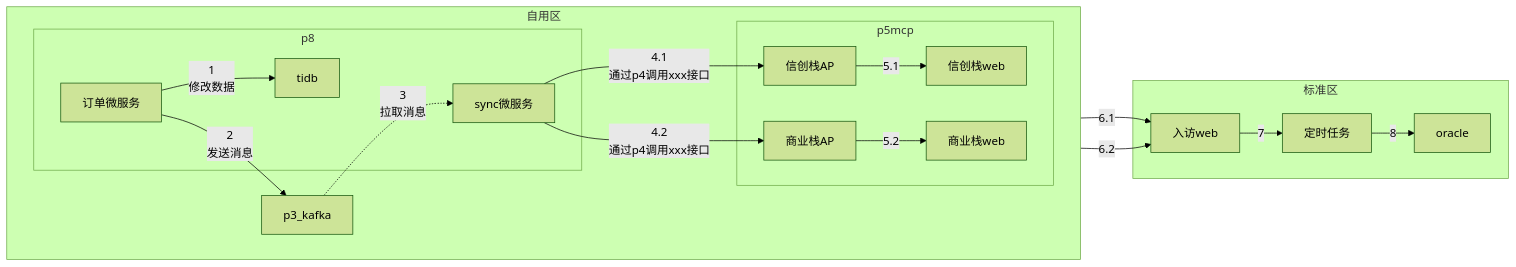
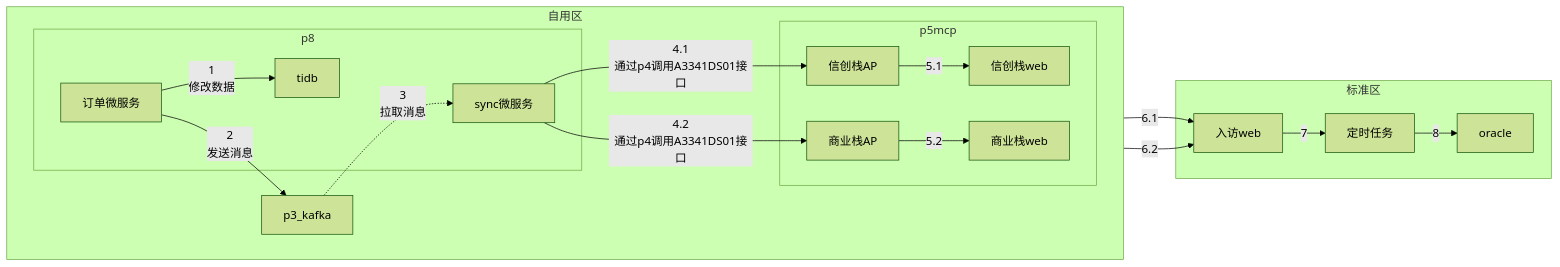
Before and after one commit to liyiye/C4-PlantUML: the fifth of 6 diagrams in 双写数据同步链路图.md, drawn with Mermaid (forest theme). The commit also changed other lines of this file and 5 other files, not shown here.

````diff
--- a/双写数据同步链路图.md
+++ b/双写数据同步链路图.md
@@ -157,38 +157,37 @@
 ```mermaid
 flowchart LR
     subgraph 标准区
-        
+
         cld_data_sync[定时任务]
         oracle
         入访web
     end
     subgraph 自用区
         direction LR
         p3_kafka
         subgraph p5mcp
             MCPDJ_WB[信创栈web]
             MCPDJ_AP[信创栈AP]
             MCPNH_WB[商业栈web]
             MCPNH_AP[商业栈AP]
         end
-        
+
         subgraph p8
             micro_order_service[订单微服务]
             nmcp_micro_sync[sync微服务]
             tidb
         end
     end
 
     micro_order_service-->| 1<br>修改数据|tidb
     micro_order_service-->| 2<br>发送消息|p3_kafka
     p3_kafka-.->| 3<br>拉取消息|nmcp_micro_sync
-    nmcp_micro_sync-->|4.1<br>通过p4调用xxx接口|MCPDJ_AP
-    nmcp_micro_sync-->|4.2<br>通过p4调用xxx接口|MCPNH_AP
+    nmcp_micro_sync-->|4.1<br>通过p4调用A3341DS01接口|MCPDJ_AP
+    nmcp_micro_sync-->|4.2<br>通过p4调用A3341DS01接口|MCPNH_AP
     MCPDJ_AP-->|5.1|MCPDJ_WB
     MCPNH_AP-->|5.2|MCPNH_WB
     MCPDJ_WB-->|6.1|入访web
     MCPNH_WB-->|6.2|入访web
     入访web-->|7|cld_data_sync
     cld_data_sync-->|8|oracle
-
 ```
````
